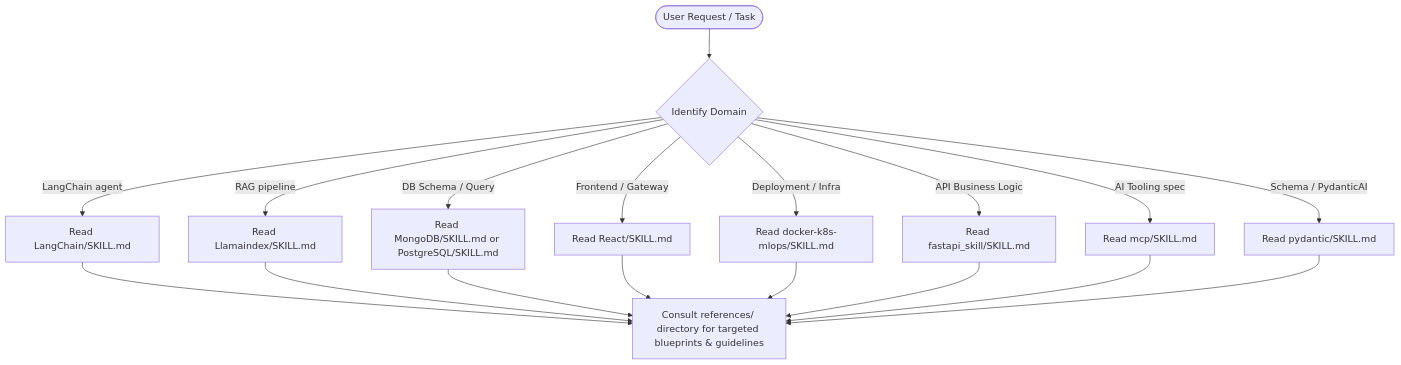
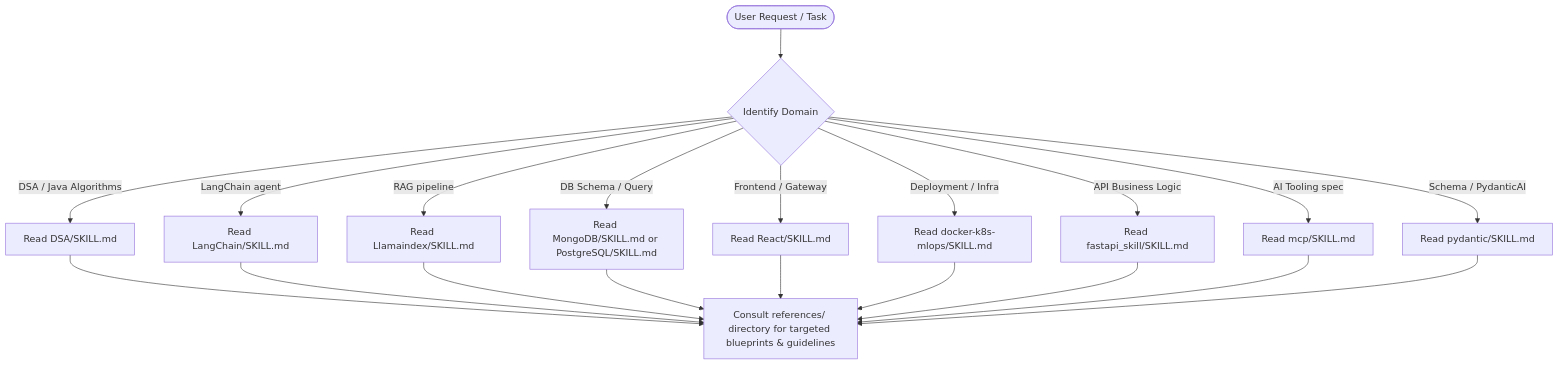
One commit to Midhil-6473/SKILLS changed the diagram in README.md. Above: the diagram before and after it, drawn with Mermaid. The commit also changed other lines of this file and 2 other files, not shown here.

````diff
--- a/README.md
+++ b/README.md
@@ -211,21 +213,23 @@
 ```mermaid
 graph TD
     User([User Request / Task]) --> Route{Identify Domain}
+    Route -->|DSA / Java Algorithms| DSA[Read DSA/SKILL.md]
     Route -->|LangChain agent| LC[Read LangChain/SKILL.md]
     Route -->|RAG pipeline| LI[Read Llamaindex/SKILL.md]
     Route -->|DB Schema / Query| DB[Read MongoDB/SKILL.md or PostgreSQL/SKILL.md]
     Route -->|Frontend / Gateway| FE[Read React/SKILL.md]
     Route -->|Deployment / Infra| OPS[Read docker-k8s-mlops/SKILL.md]
     Route -->|API Business Logic| API[Read fastapi_skill/SKILL.md]
     Route -->|AI Tooling spec| MCP[Read mcp/SKILL.md]
     Route -->|Schema / PydanticAI| PY[Read pydantic/SKILL.md]
 
-    LC --> Consult[Consult references/ directory for targeted blueprints & guidelines]
+    DSA --> Consult[Consult references/ directory for targeted blueprints & guidelines]
+    LC --> Consult
     LI --> Consult
     DB --> Consult
     FE --> Consult
     OPS --> Consult
     API --> Consult
     MCP --> Consult
     PY --> Consult
 ```
````
